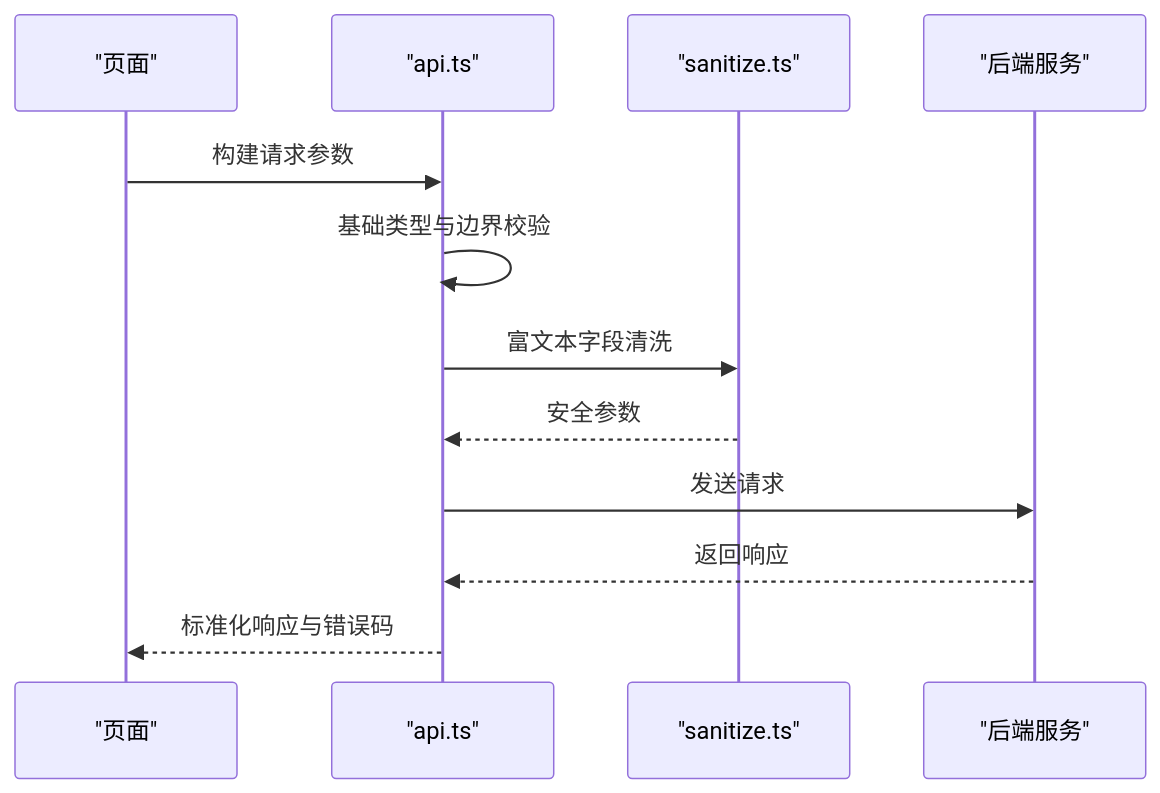
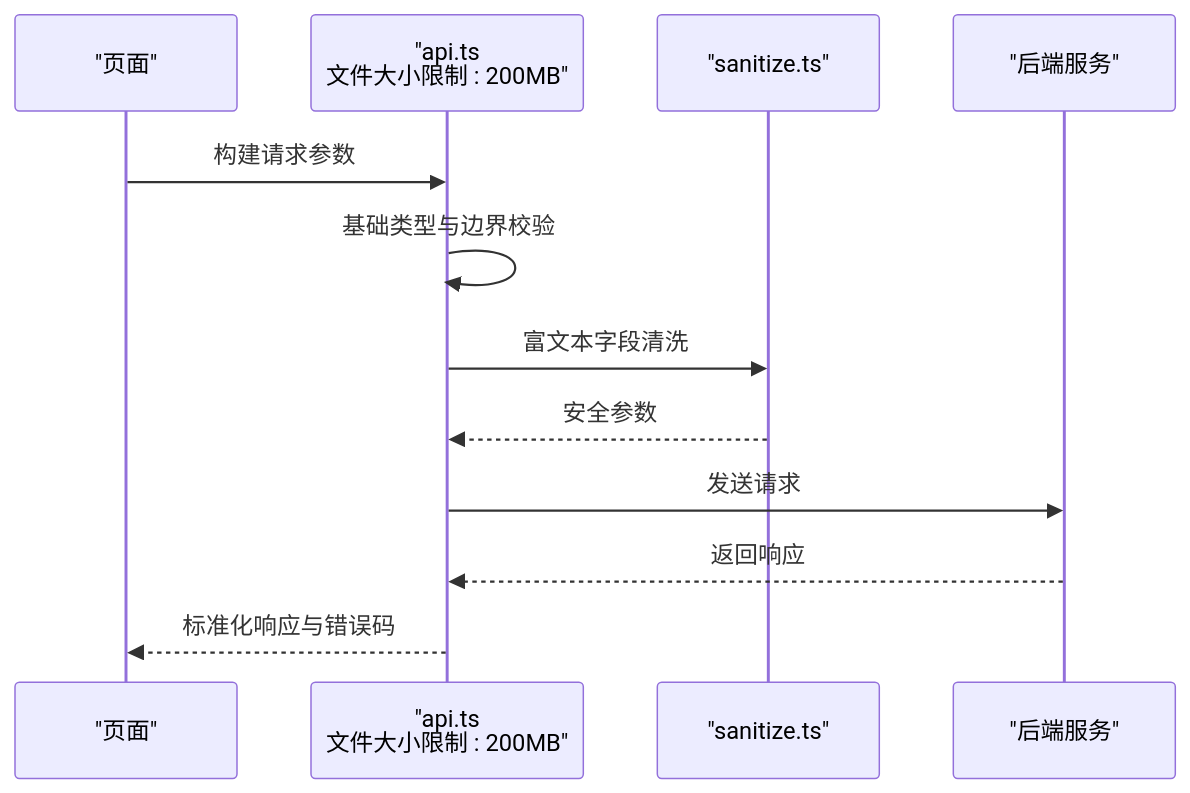
Before and after one commit to Damao997/newproject: the fifth of 8 diagrams in .qoder/repowiki/zh/content/安全指南/输入验证与输出编码.md, drawn with Mermaid. The commit also changed other lines of this file and 24 other files, not shown here.

````diff
--- a/.qoder/repowiki/zh/content/安全指南/输入验证与输出编码.md
+++ b/.qoder/repowiki/zh/content/安全指南/输入验证与输出编码.md
@@ -253,14 +264,14 @@
 ```mermaid
 sequenceDiagram
 participant Page as "页面"
-participant API as "api.ts"
+participant API as "api.ts<br/>文件大小限制 : 200MB"
 participant Sanitize as "sanitize.ts"
 participant Server as "后端服务"
 Page->>API : 构建请求参数
 API->>API : 基础类型与边界校验
 API->>Sanitize : 富文本字段清洗
 Sanitize-->>API : 安全参数
 API->>Server : 发送请求
 Server-->>API : 返回响应
 API-->>Page : 标准化响应与错误码
 ```
````
